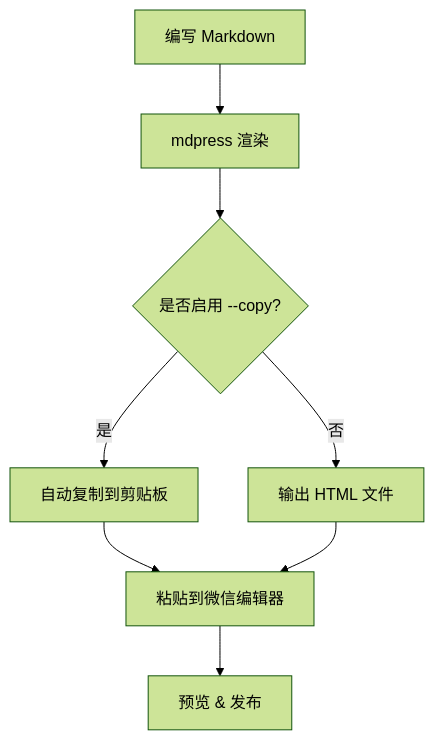
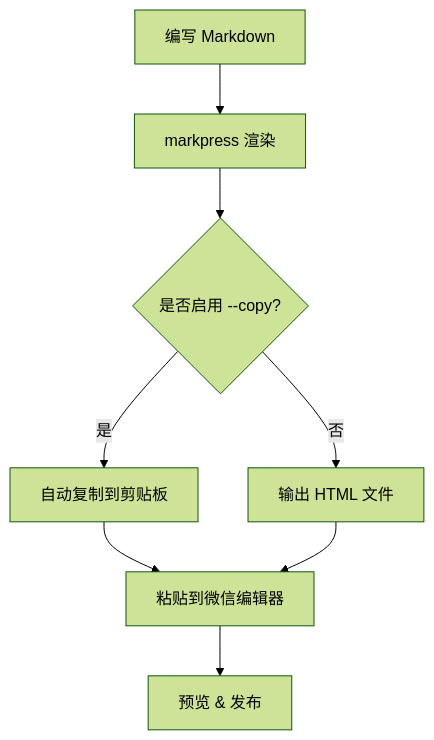
One commit to liustack/markpress changed the second of 3 diagrams in test/fixtures/visual-test.md. Above: the diagram before and after it, drawn with Mermaid (forest theme). The commit also changed other lines of this file and 23 other files, not shown here.

First line of the commit message:
feat!: rename project from mdpress to markpress

````diff
--- a/test/fixtures/visual-test.md
+++ b/test/fixtures/visual-test.md
@@ -161,10 +161,10 @@
 ```mermaid
 graph TD
-    A[编写 Markdown] --> B[mdpress 渲染]
+    A[编写 Markdown] --> B[markpress 渲染]
     B --> C{是否启用 --copy?}
     C -->|是| D[自动复制到剪贴板]
     C -->|否| E[输出 HTML 文件]
     D --> F[粘贴到微信编辑器]
     E --> F
     F --> G[预览 & 发布]
 ```
````
